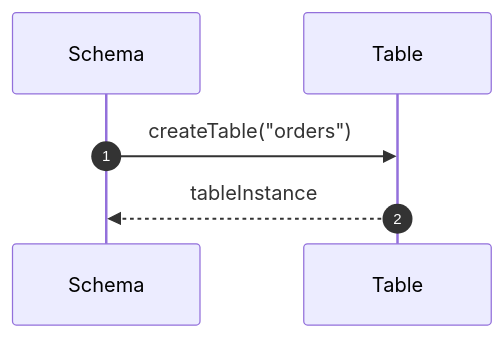
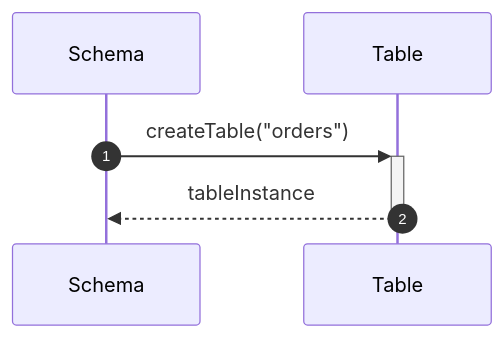
One commit to Dikhang1112/Database_Management_BBV changed the fifth of 14 diagrams in docs/design_patterns/metadata/Sequece.md. Above: the diagram before and after it, drawn with Mermaid. The commit also changed other lines of this file and 12 other files, not shown here.

Commit message:
Refactor sequece diagram

````diff
--- a/docs/design_patterns/metadata/Sequece.md
+++ b/docs/design_patterns/metadata/Sequece.md
@@ -120,9 +120,9 @@
 ```mermaid
 sequenceDiagram
     autonumber
     participant Schema as Schema
     participant Table as Table
 
-    Schema->>Table: createTable("orders")
-    Table-->>Schema: tableInstance
+    Schema->>+Table: createTable("orders")
+    Table-->>-Schema: tableInstance
 ```
````
